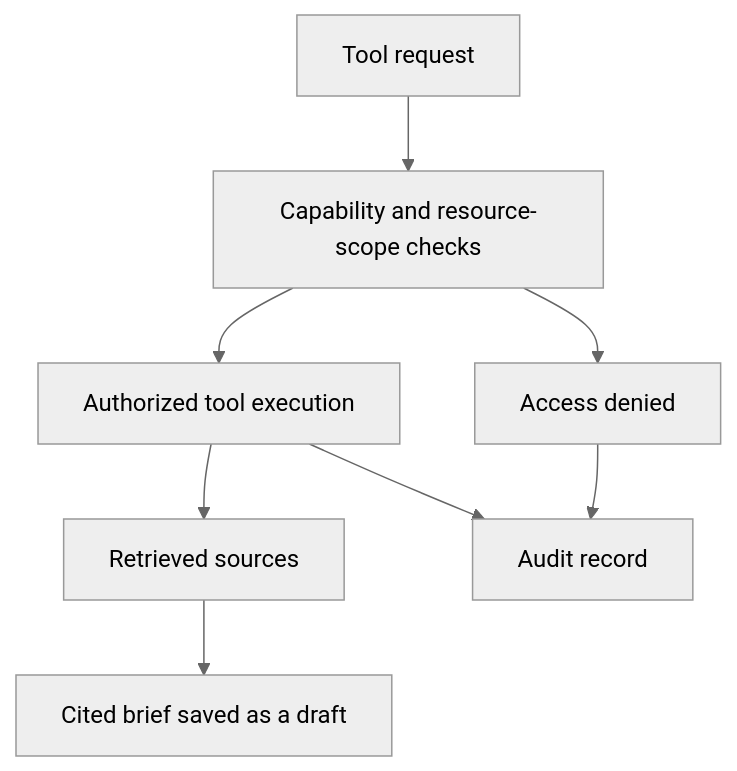
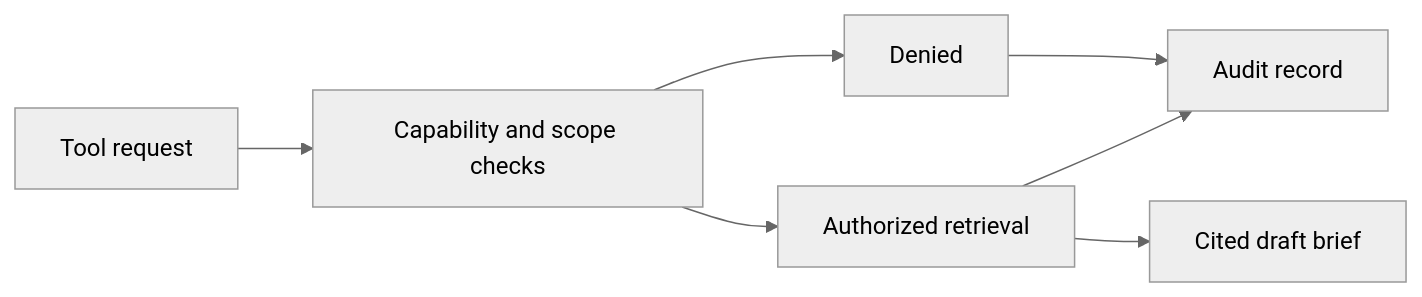
The diagram in README.md (martinlepage26-bit/pharos-agent-web), drawn with Mermaid (neutral theme) before and after one commit.

Commit message:
docs: keep workflow diagrams compact for repository browsing

````diff
--- a/README.md
+++ b/README.md
@@ -9,10 +9,9 @@
 ```mermaid
-flowchart TD
-  A["Tool request"] --> B["Capability and resource-scope checks"]
-  B --> C["Access denied"]
-  B --> D["Authorized tool execution"]
-  D --> E["Retrieved sources"]
-  E --> F["Cited brief saved as a draft"]
-  C --> G["Audit record"]
-  D --> G
+flowchart LR
+  A["Tool request"] --> B["Capability and scope checks"]
+  B --> C["Denied"]
+  B --> D["Authorized retrieval"]
+  D --> E["Cited draft brief"]
+  C --> F["Audit record"]
+  D --> F
 ```
````
